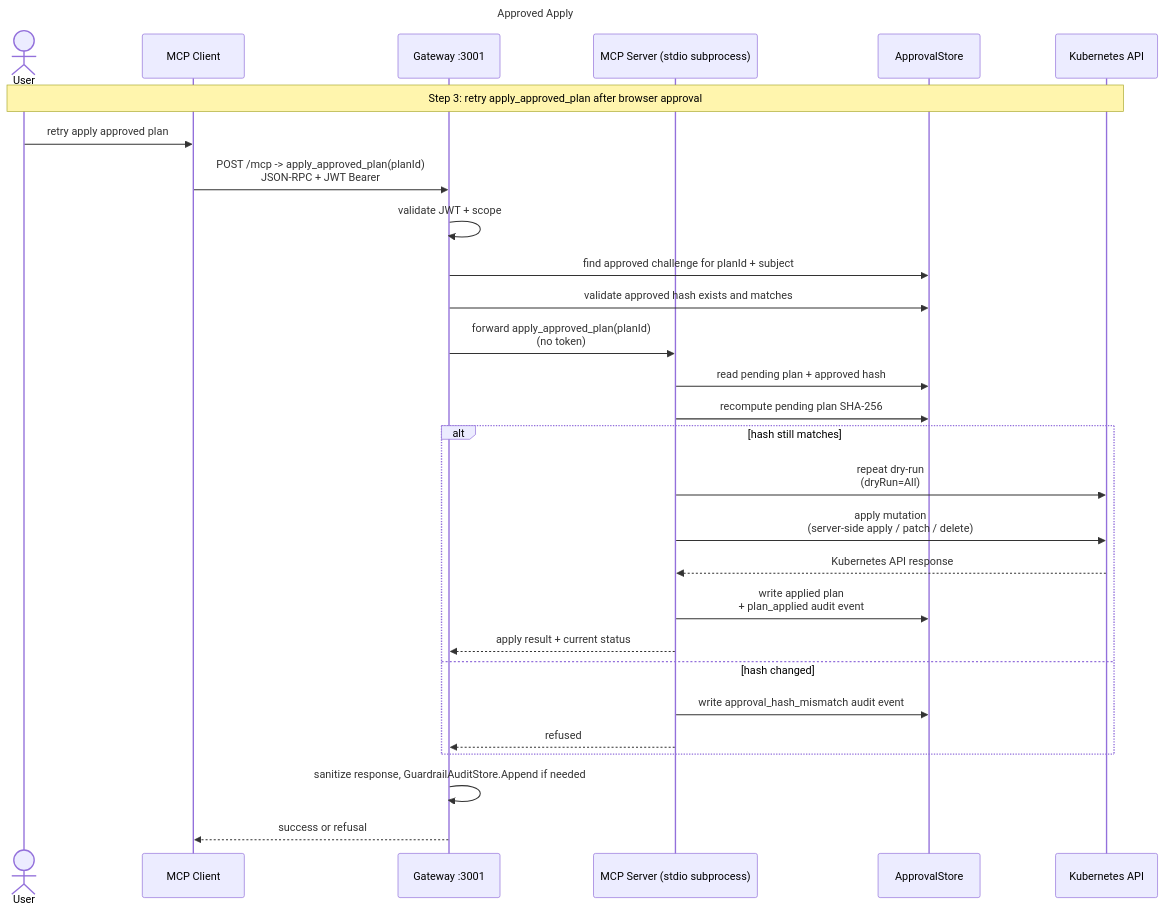
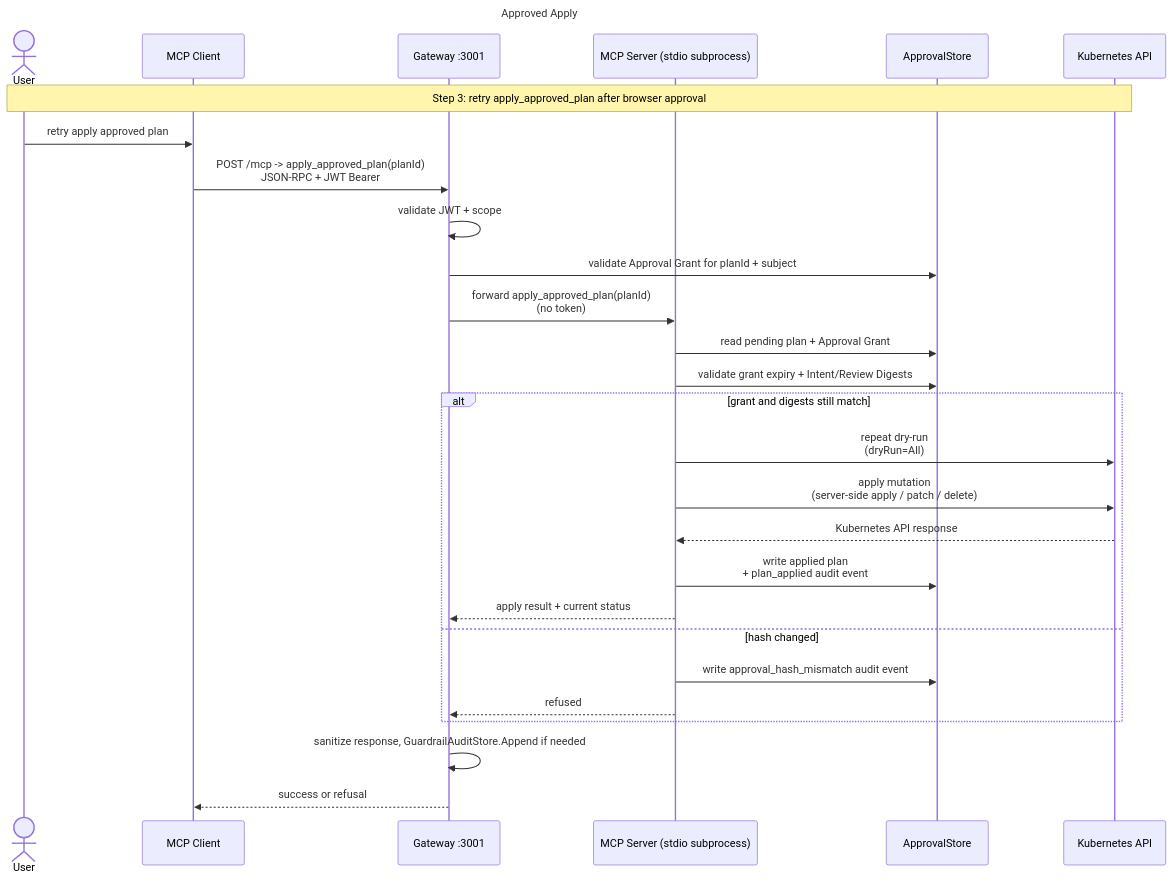
Before and after one commit to mirusser/Kubernetes-MCP-Guard: the sixth of 7 diagrams in docs/architecture.md, drawn with Mermaid. The commit also changed other lines of this file and 53 other files, not shown here.

````diff
--- a/docs/architecture.md
+++ b/docs/architecture.md
@@ -252,37 +252,36 @@
 ```mermaid
 ---
 title: Approved Apply
 ---
 sequenceDiagram
     actor User
     participant Client as MCP Client
     participant GW as Gateway :3001
     participant Svr as MCP Server (stdio subprocess)
     participant Store as ApprovalStore
     participant K8s as Kubernetes API
 
     Note over User,K8s: Step 3: retry apply_approved_plan after browser approval
 
     User->>Client: retry apply approved plan
     Client->>GW: POST /mcp -> apply_approved_plan(planId)<br/>JSON-RPC + JWT Bearer
     GW->>GW: validate JWT + scope
-    GW->>Store: find approved challenge for planId + subject
-    GW->>Store: validate approved hash exists and matches
+    GW->>Store: validate Approval Grant for planId + subject
     GW->>Svr: forward apply_approved_plan(planId)<br/>(no token)
 
-    Svr->>Store: read pending plan + approved hash
-    Svr->>Store: recompute pending plan SHA-256
-    alt hash still matches
+    Svr->>Store: read pending plan + Approval Grant
+    Svr->>Store: validate grant expiry + Intent/Review Digests
+    alt grant and digests still match
         Svr->>K8s: repeat dry-run<br/>(dryRun=All)
         Svr->>K8s: apply mutation<br/>(server-side apply / patch / delete)
         K8s-->>Svr: Kubernetes API response
         Svr->>Store: write applied plan<br/>+ plan_applied audit event
         Svr-->>GW: apply result + current status
     else hash changed
         Svr->>Store: write approval_hash_mismatch audit event
         Svr-->>GW: refused
     end
 
     GW->>GW: sanitize response, GuardrailAuditStore.Append if needed
     GW-->>Client: success or refusal
 ```
````
